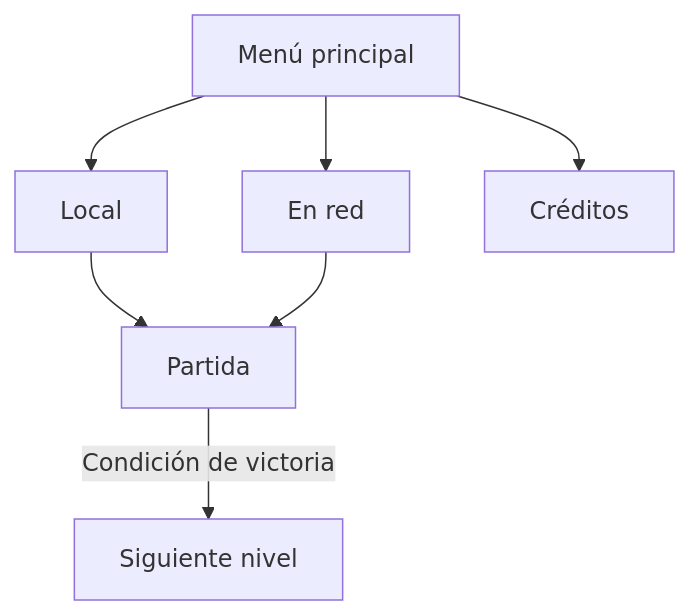
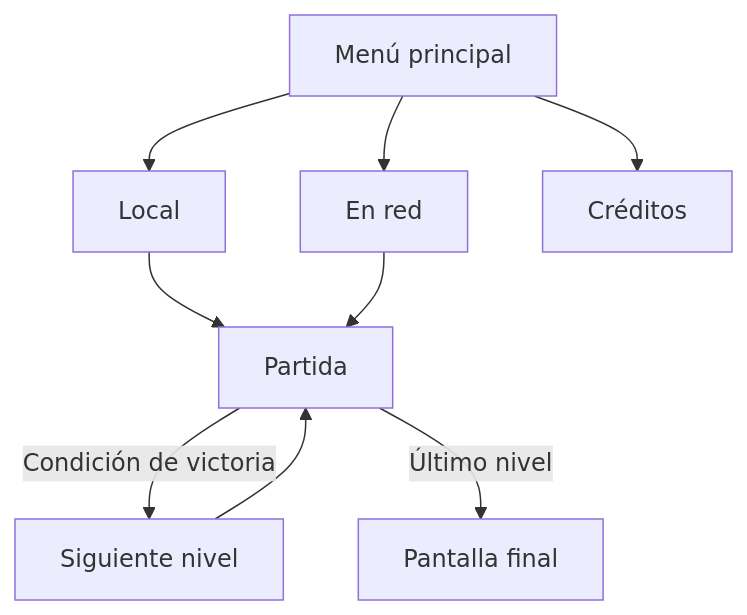
One commit to YC2025H/JUEGO_EN_RED changed the diagram in GDD.md. Above: the diagram before and after it, drawn with Mermaid. The commit also changed other lines of this file, not shown here.

Commit message:
otra vez diagrama

````diff
--- a/GDD.md
+++ b/GDD.md
@@ -108,10 +114,12 @@
 ```mermaid
 flowchart TD
     A[Menú principal]
     A --> B[Local]
     A --> C[En red]
     A --> D[Créditos]
     B --> E[Partida]
     C --> E
     E --> |Condición de victoria| F[Siguiente nivel]
+    F --> E
+    E --> |Último nivel| G[Pantalla final]
 ```
````
